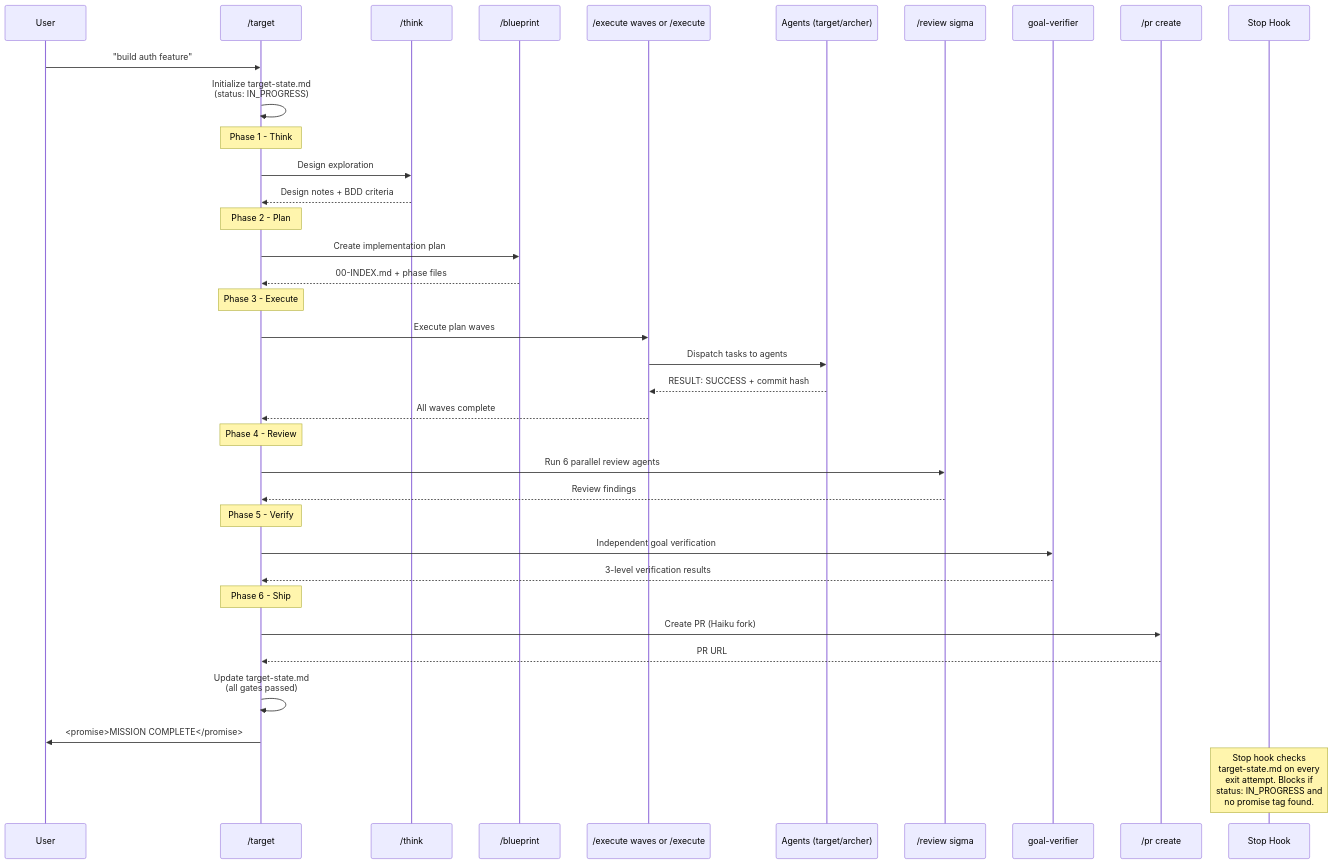
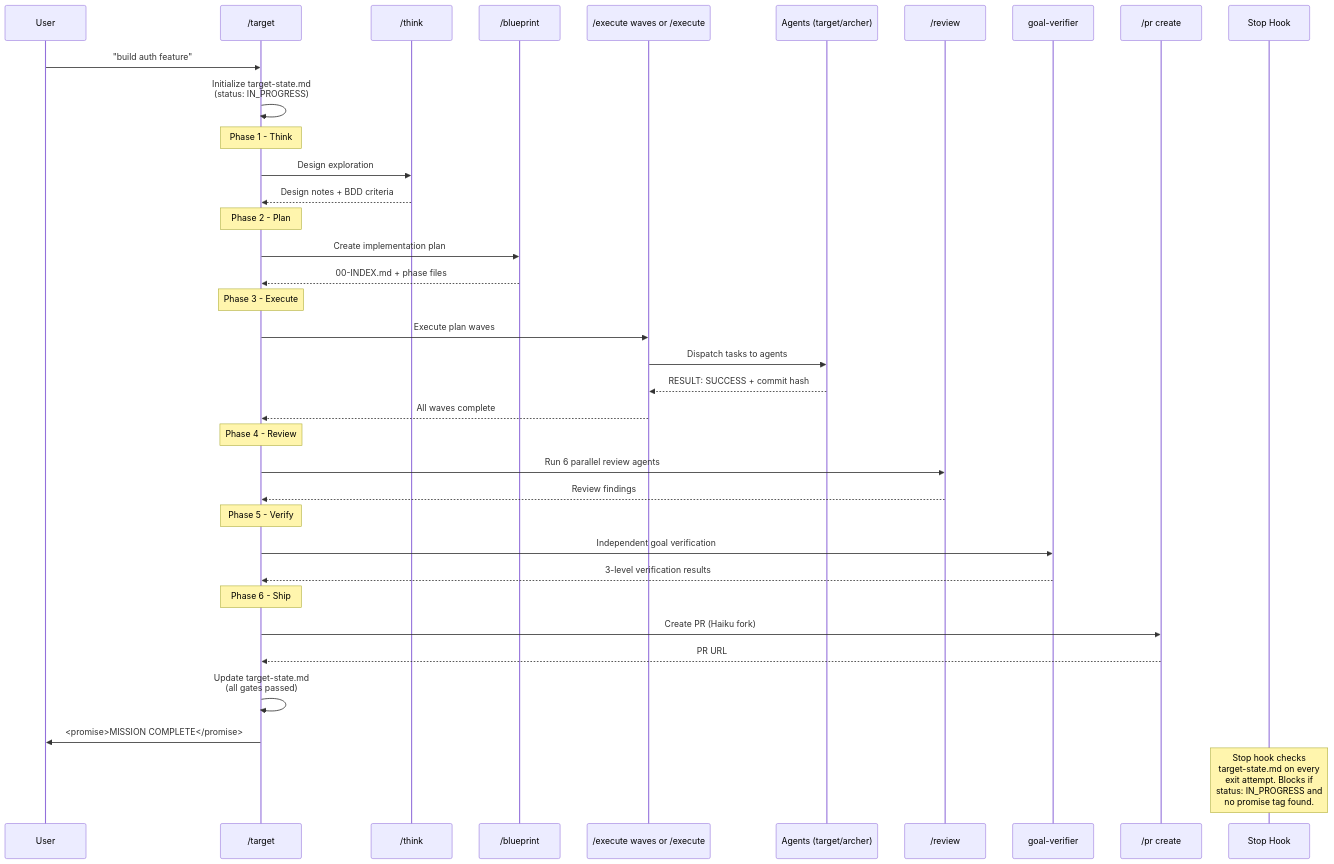
Before and after one commit to bllshttng/footnote: the second of 6 diagrams in docs/system-architecture.md, drawn with Mermaid. The commit also changed other lines of this file and 20 other files, not shown here.

````diff
--- a/docs/system-architecture.md
+++ b/docs/system-architecture.md
@@ -104,47 +104,47 @@
 ```mermaid
 sequenceDiagram
     participant U as User
     participant R as /target
     participant T as /think
     participant P as /blueprint
     participant O as /execute waves or /execute
     participant A as Agents (target/archer)
-    participant CR as /review sigma
+    participant CR as /review
     participant GV as goal-verifier
     participant PR as /pr create
     participant SH as Stop Hook
 
     U->>R: "build auth feature"
     R->>R: Initialize target-state.md<br/>(status: IN_PROGRESS)
 
     Note over R: Phase 1 - Think
     R->>T: Design exploration
     T-->>R: Design notes + BDD criteria
 
     Note over R: Phase 2 - Plan
     R->>P: Create implementation plan
     P-->>R: 00-INDEX.md + phase files
 
     Note over R: Phase 3 - Execute
     R->>O: Execute plan waves
     O->>A: Dispatch tasks to agents
     A-->>O: RESULT: SUCCESS + commit hash
     O-->>R: All waves complete
 
     Note over R: Phase 4 - Review
     R->>CR: Run 6 parallel review agents
     CR-->>R: Review findings
 
     Note over R: Phase 5 - Verify
     R->>GV: Independent goal verification
     GV-->>R: 3-level verification results
 
     Note over R: Phase 6 - Ship
     R->>PR: Create PR (Haiku fork)
     PR-->>R: PR URL
 
     R->>R: Update target-state.md<br/>(all gates passed)
     R->>U: <promise>MISSION COMPLETE</promise>
 
     Note over SH: Stop hook checks<br/>target-state.md on every<br/>exit attempt. Blocks if<br/>status: IN_PROGRESS and<br/>no promise tag found.
 ```
````
